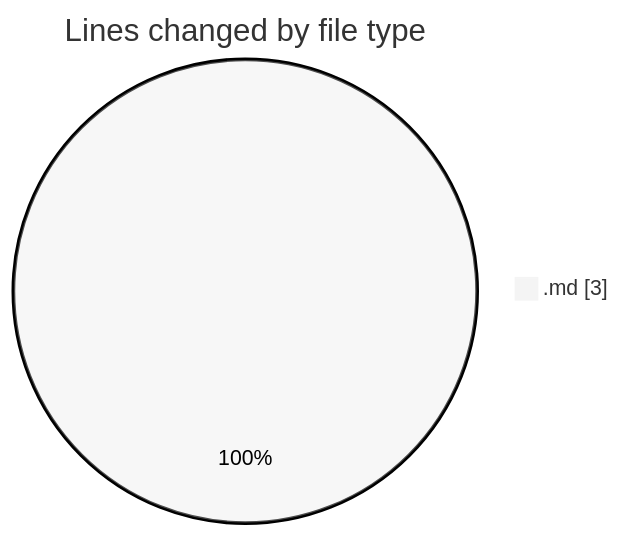
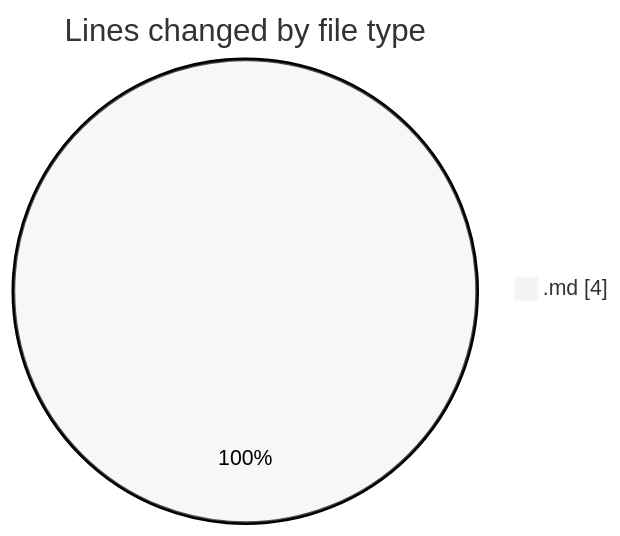
Before and after one commit to Ritupan-Deka/code-tracking: the first of 2 diagrams in 2025-07-07/urlwebwala_intership_work/README.md, drawn with Mermaid (neutral theme). The commit also changed other lines of this file and 1 other file, not shown here.

````diff
--- a/2025-07-07/urlwebwala_intership_work/README.md
+++ b/2025-07-07/urlwebwala_intership_work/README.md
@@ -20,5 +21,5 @@
 ```mermaid
 pie showData
 title Lines changed by file type
-".md" : 3
+".md" : 4
 ```
````
